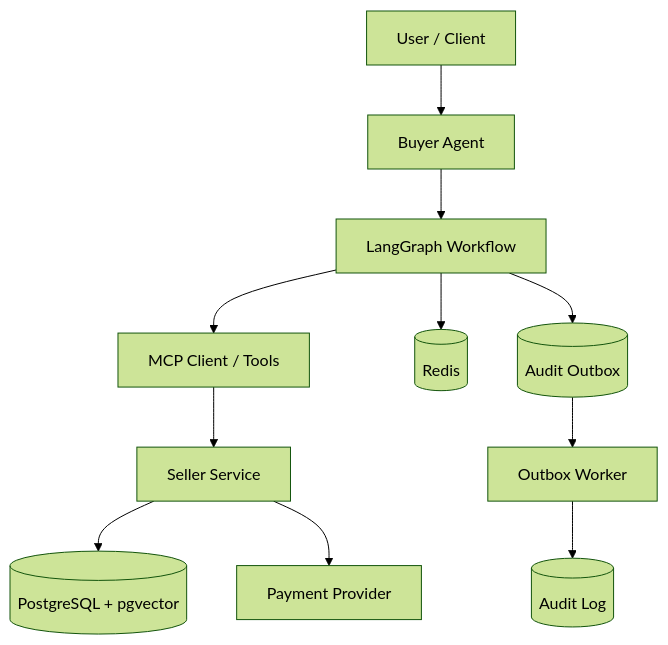
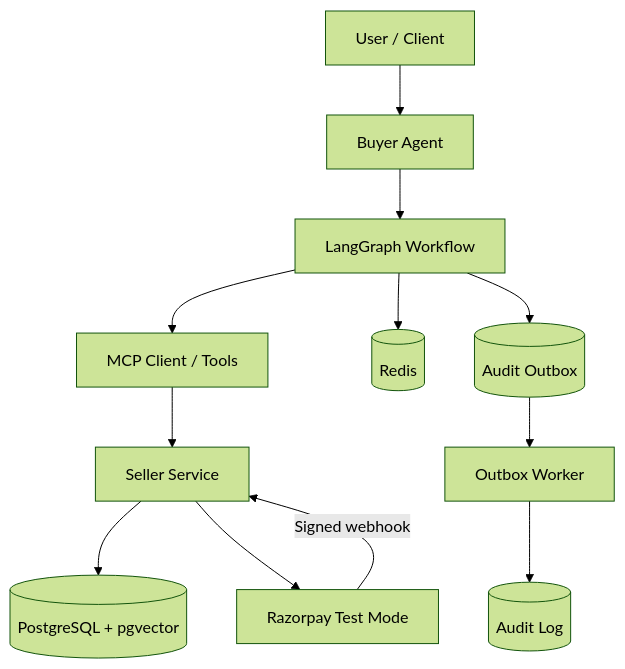
The first of 2 diagrams in README.md (kanishqdhangar/shopagent-mcp), drawn with Mermaid (forest theme) before and after one commit. The commit also changed other lines of this file and 5 other files, not shown here.

````diff
--- a/README.md
+++ b/README.md
@@ -77,13 +93,14 @@
 ``` mermaid
 flowchart TD
     User[User / Client] --> Buyer[Buyer Agent]
     Buyer --> Graph[LangGraph Workflow]
     Graph --> MCP[MCP Client / Tools]
     MCP --> Seller[Seller Service]
     Seller --> DB[(PostgreSQL + pgvector)]
     Graph --> Redis[(Redis)]
     Graph --> Outbox[(Audit Outbox)]
     Outbox --> Worker[Outbox Worker]
     Worker --> Audit[(Audit Log)]
-    Seller --> Payment[Payment Provider]
+    Seller --> Razorpay[Razorpay Test Mode]
+    Razorpay -->|Signed webhook| Seller
 ```
````
